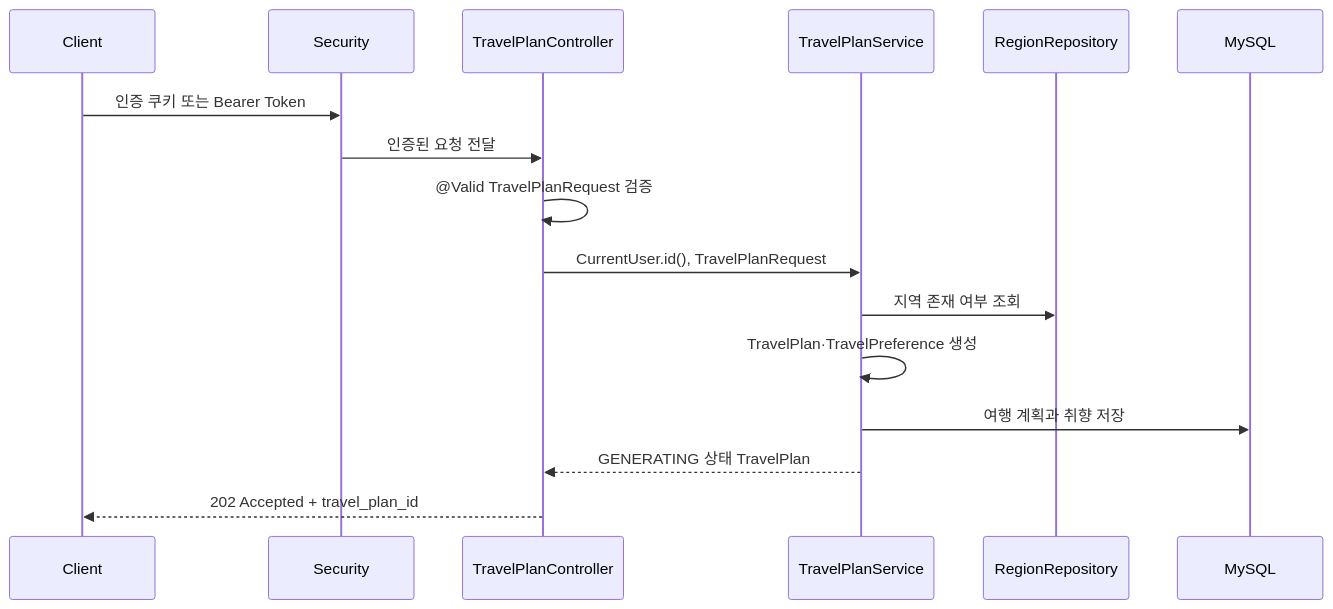
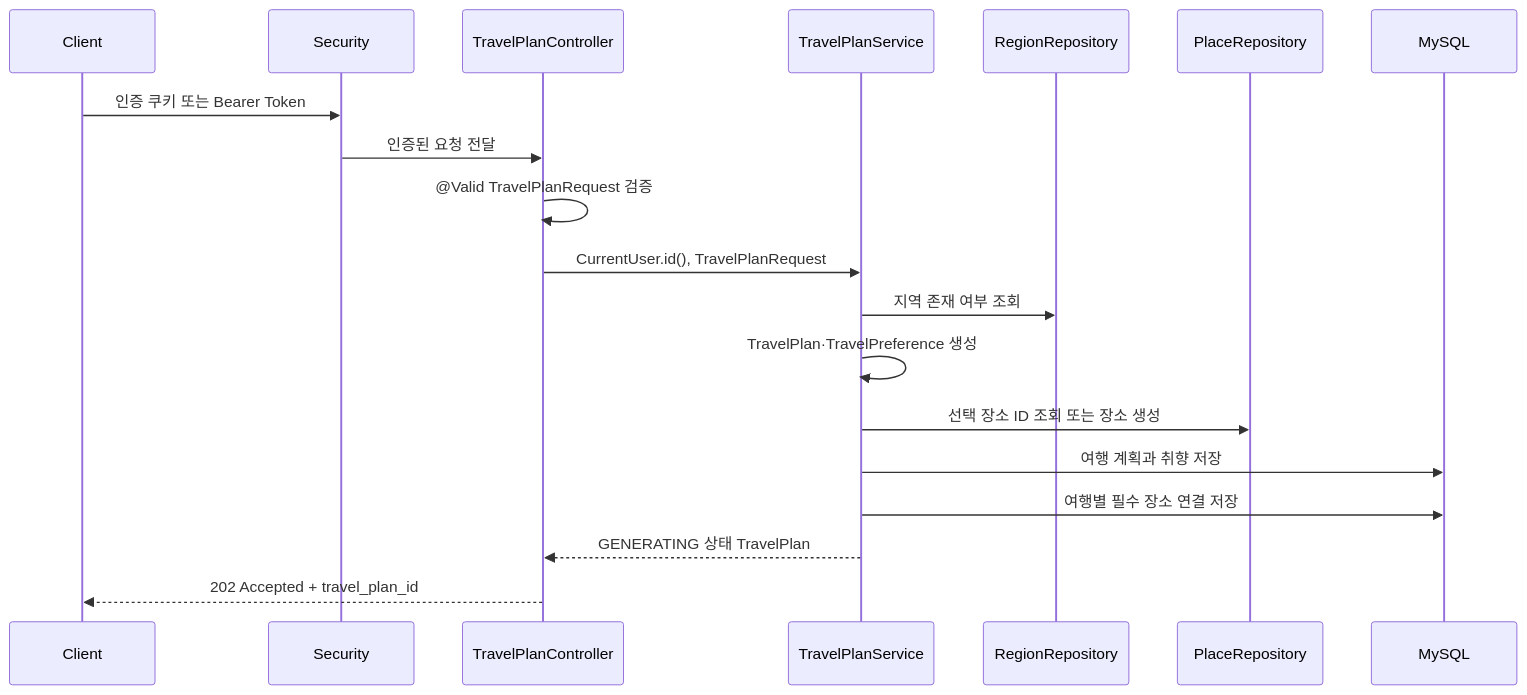
Before and after one commit to 100-hours-a-week/KTB4-14th-BE: the diagram in docs/travel-domain-code-guide.md, drawn with Mermaid. The commit also changed other lines of this file and 17 other files, not shown here.

````diff
--- a/docs/travel-domain-code-guide.md
+++ b/docs/travel-domain-code-guide.md
@@ -14,19 +25,22 @@
 ```mermaid
 sequenceDiagram
     participant C as Client
     participant S as Security
     participant TC as TravelPlanController
     participant TS as TravelPlanService
     participant R as RegionRepository
+    participant PR as PlaceRepository
     participant DB as MySQL
 
     C->>S: 인증 쿠키 또는 Bearer Token
     S->>TC: 인증된 요청 전달
     TC->>TC: @Valid TravelPlanRequest 검증
     TC->>TS: CurrentUser.id(), TravelPlanRequest
     TS->>R: 지역 존재 여부 조회
     TS->>TS: TravelPlan·TravelPreference 생성
+    TS->>PR: 선택 장소 ID 조회 또는 장소 생성
     TS->>DB: 여행 계획과 취향 저장
+    TS->>DB: 여행별 필수 장소 연결 저장
     TS-->>TC: GENERATING 상태 TravelPlan
     TC-->>C: 202 Accepted + travel_plan_id
 ```
````
